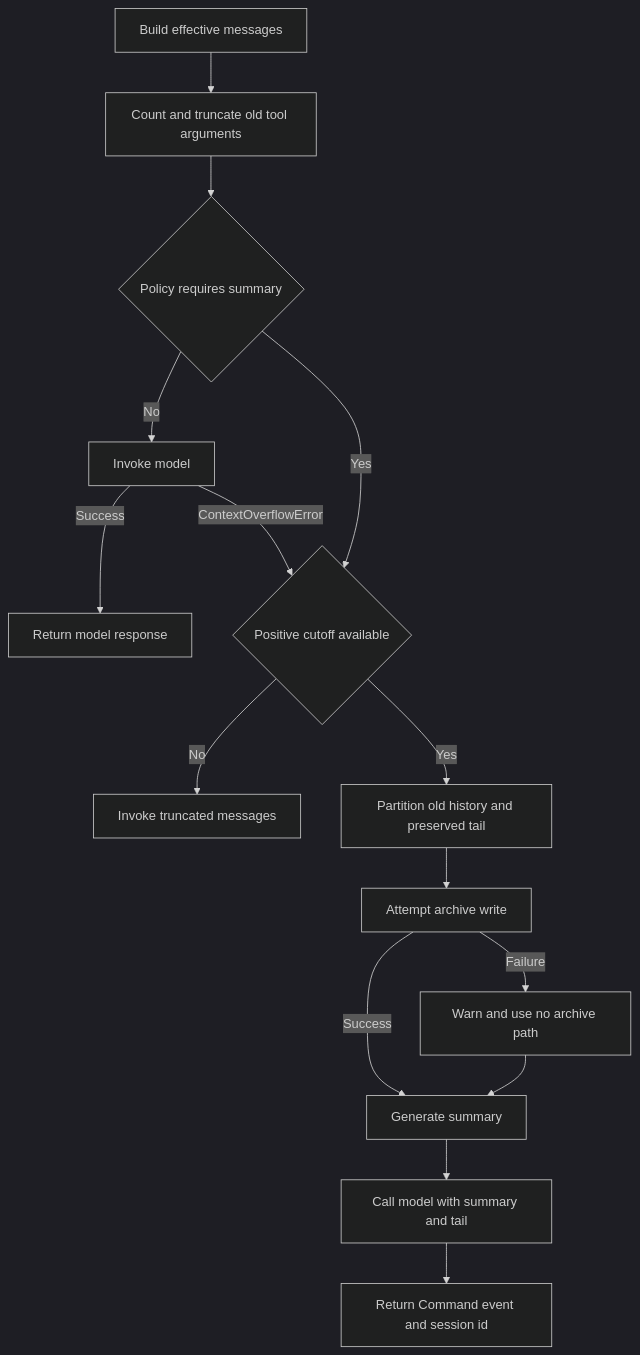
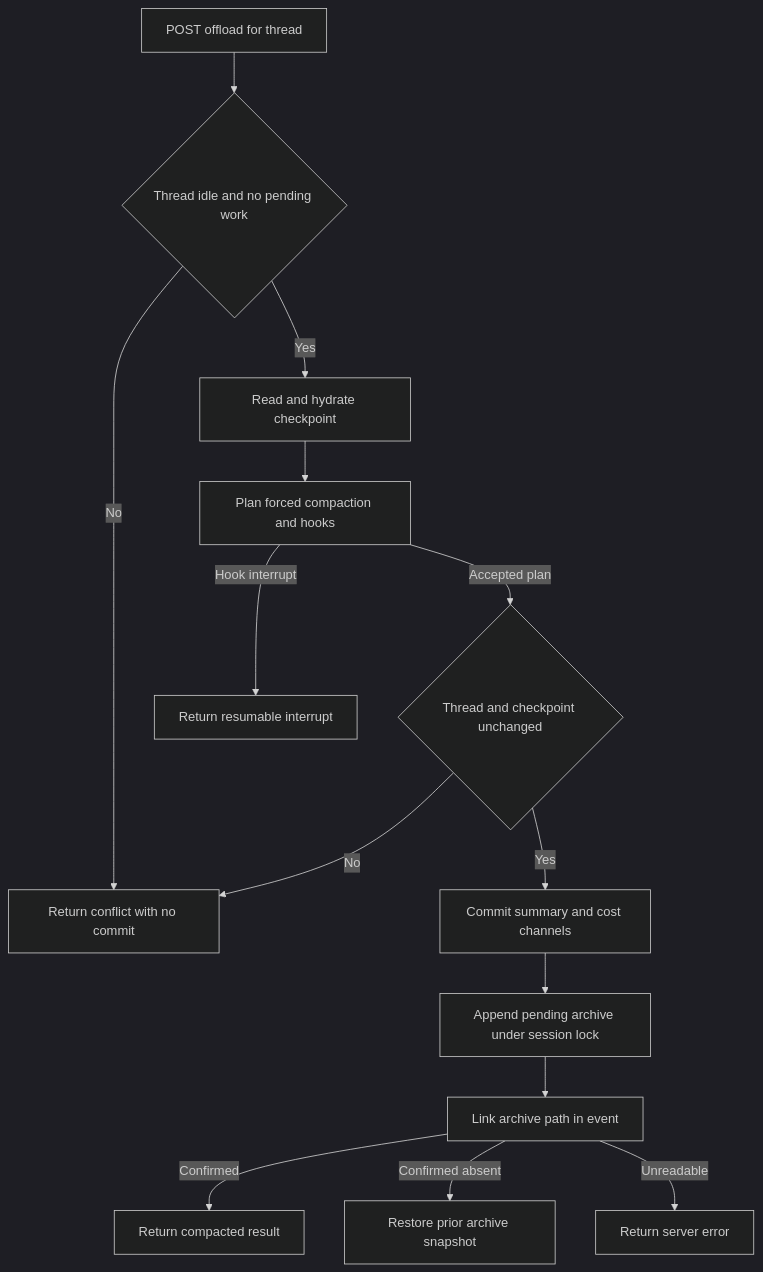
One commit to langchain-ai/deepagents changed the second of 2 diagrams in openwiki/concepts/context-management.md. Above: the diagram before and after it, drawn with Mermaid (dark theme). The commit also changed other lines of this file and 136 other files, not shown here.

````diff
--- a/openwiki/concepts/context-management.md
+++ b/openwiki/concepts/context-management.md
@@ -90,17 +86,16 @@
 ```mermaid
 flowchart TD
-    Start["Build effective messages"] --> Count["Count and truncate old tool arguments"]
-    Count --> Trigger{"Policy requires summary"}
-    Trigger -->|No| Invoke["Invoke model"]
-    Invoke -->|Success| Normal["Return model response"]
-    Invoke -->|ContextOverflowError| Cutoff
-    Trigger -->|Yes| Cutoff{"Positive cutoff available"}
-    Cutoff -->|No| Retry["Invoke truncated messages"]
-    Cutoff -->|Yes| Split["Partition old history and preserved tail"]
-    Split --> Archive["Attempt archive write"]
-    Archive -->|Failure| Warn["Warn and use no archive path"]
-    Archive -->|Success| Summary["Generate summary"]
-    Warn --> Summary
-    Summary --> Updated["Call model with summary and tail"]
-    Updated --> Event["Return Command event and session id"]
+    Start["POST offload for thread"] --> Idle{"Thread idle and no pending work"}
+    Idle -->|No| Conflict["Return conflict with no commit"]
+    Idle -->|Yes| ReadState["Read and hydrate checkpoint"]
+    ReadState --> Plan["Plan forced compaction and hooks"]
+    Plan -->|Hook interrupt| ReturnHook["Return resumable interrupt"]
+    Plan -->|Accepted plan| Recheck{"Thread and checkpoint unchanged"}
+    Recheck -->|No| Conflict
+    Recheck -->|Yes| Reserve["Commit summary and cost channels"]
+    Reserve --> Append["Append pending archive under session lock"]
+    Append --> Link["Link archive path in event"]
+    Link -->|Confirmed| Done["Return compacted result"]
+    Link -->|Confirmed absent| Rollback["Restore prior archive snapshot"]
+    Link -->|Unreadable| Indeterminate["Return server error"]
 ```
````
